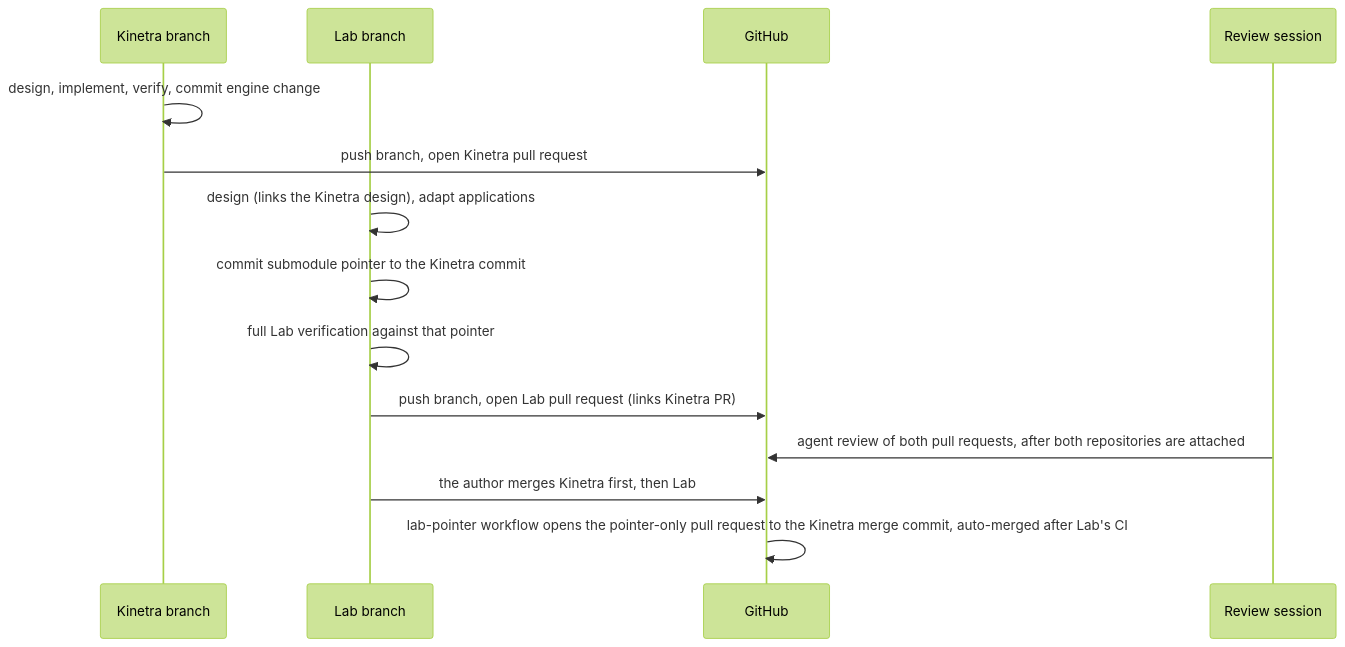
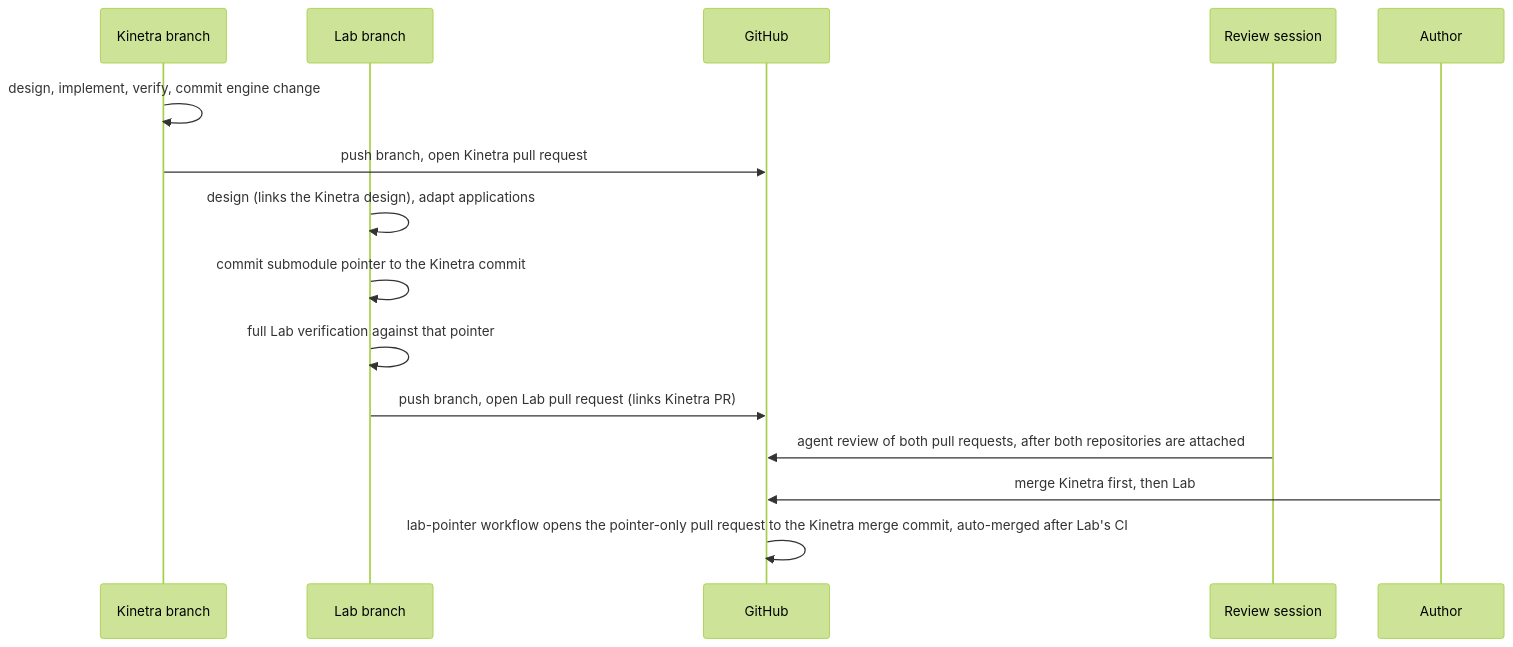
One commit to SMB-M87/Kinetra changed the third of 3 diagrams in docs/workflow.md. Above: the diagram before and after it, drawn with Mermaid (forest theme). The commit also changed other lines of this file and 1 other file, not shown here.

First line of the commit message:
chore(agents): address review: allow the subscription and the author's access check

````diff
--- a/docs/workflow.md
+++ b/docs/workflow.md
@@ -206,16 +206,17 @@
 ```mermaid
 sequenceDiagram
     participant K as Kinetra branch
     participant L as Lab branch
     participant G as GitHub
     participant R as Review session
+    participant A as Author
     K->>K: design, implement, verify, commit engine change
     K->>G: push branch, open Kinetra pull request
     L->>L: design (links the Kinetra design), adapt applications
     L->>L: commit submodule pointer to the Kinetra commit
     L->>L: full Lab verification against that pointer
     L->>G: push branch, open Lab pull request (links Kinetra PR)
     R->>G: agent review of both pull requests, after both repositories are attached
-    L->>G: the author merges Kinetra first, then Lab
+    A->>G: merge Kinetra first, then Lab
     G->>G: lab-pointer workflow opens the pointer-only pull request to the Kinetra merge commit, auto-merged after Lab's CI
 ```
````
